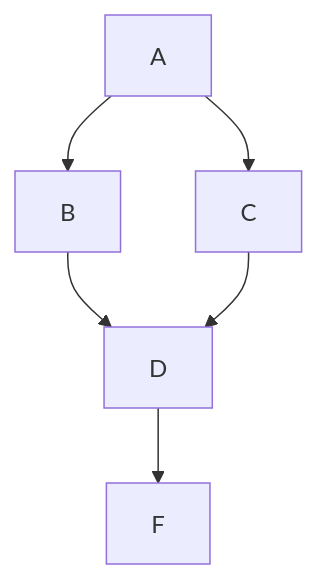
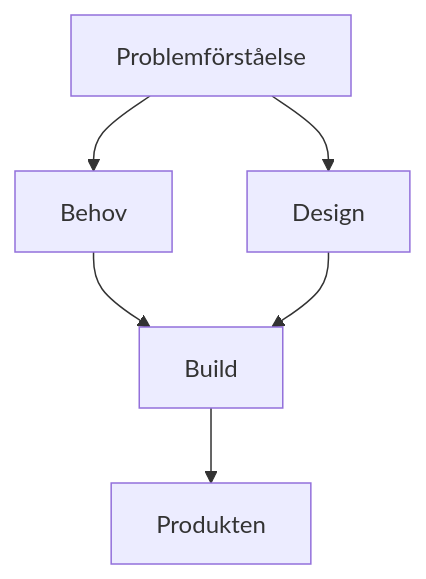
Before and after one commit to RaketMats/Sunsling: the first of 2 diagrams in design.log.md, drawn with Mermaid.

````diff
--- a/design.log.md
+++ b/design.log.md
@@ -19,8 +19,8 @@
 ```mermaid
   graph TD;
-      A-->B;
-      A-->C;
-      B-->D;
-      C-->D;
-      D-->F;
+      Problemförståelse-->Behov;
+      Problemförståelse-->Design;
+      Behov-->Build;
+      Design-->Build;
+      Build-->Produkten;
 ```
````
